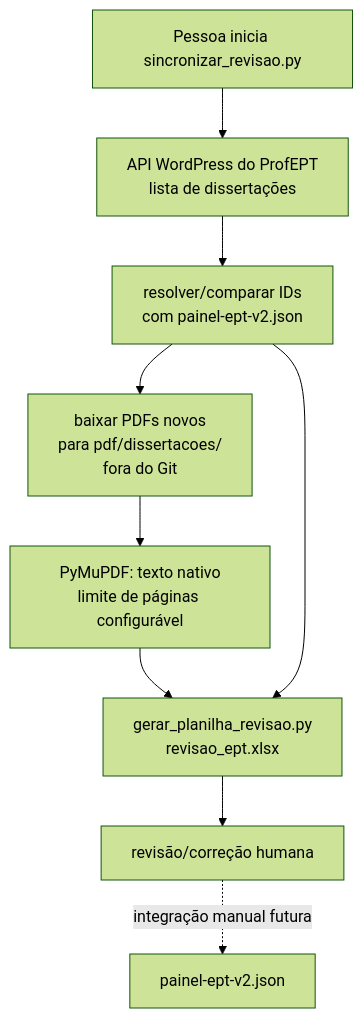
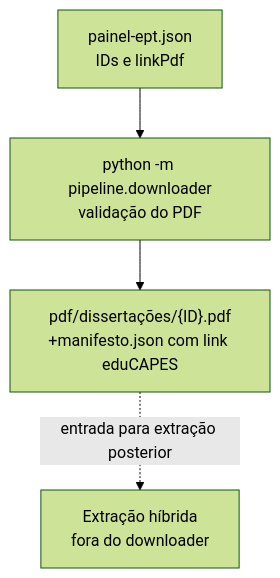
One commit to regi-lpf/lemeept changed the second of 5 diagrams in DIAGRAMAS.md. Above: the diagram before and after it, drawn with Mermaid (forest theme). The commit also changed other lines of this file and 6 other files, not shown here.

````diff
--- a/DIAGRAMAS.md
+++ b/DIAGRAMAS.md
@@ -21,11 +21,6 @@
 ```mermaid
 flowchart TD
-    START["Pessoa inicia sincronizar_revisao.py"] --> API["API WordPress do ProfEPT\nlista de dissertações"]
-    API --> ID["resolver/comparar IDs\ncom painel-ept-v2.json"]
-    ID --> PDF["baixar PDFs novos\npara pdf/dissertacoes/\nfora do Git"]
-    PDF --> TXT["PyMuPDF: texto nativo\nlimite de páginas configurável"]
-    TXT --> XLSX["gerar_planilha_revisao.py\nrevisao_ept.xlsx"]
-    ID --> XLSX
-    XLSX --> HUMAN["revisão/correção humana"]
-    HUMAN -. "integração manual futura" .-> V2["painel-ept-v2.json"]
+    INDEX["painel-ept.json\nIDs e linkPdf"] --> DL["python -m pipeline.downloader\nvalidação do PDF"]
+    DL --> PDF["pdf/dissertações/{ID}.pdf\n+manifesto.json com link eduCAPES"]
+    PDF -. "entrada para extração posterior" .-> EX["Extração híbrida\nfora do downloader"]
 ```
````
